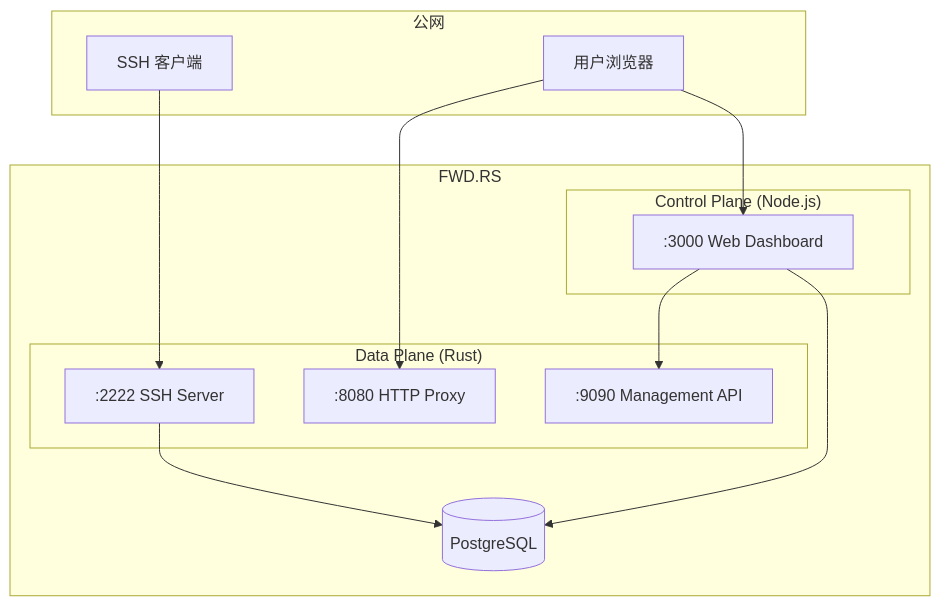
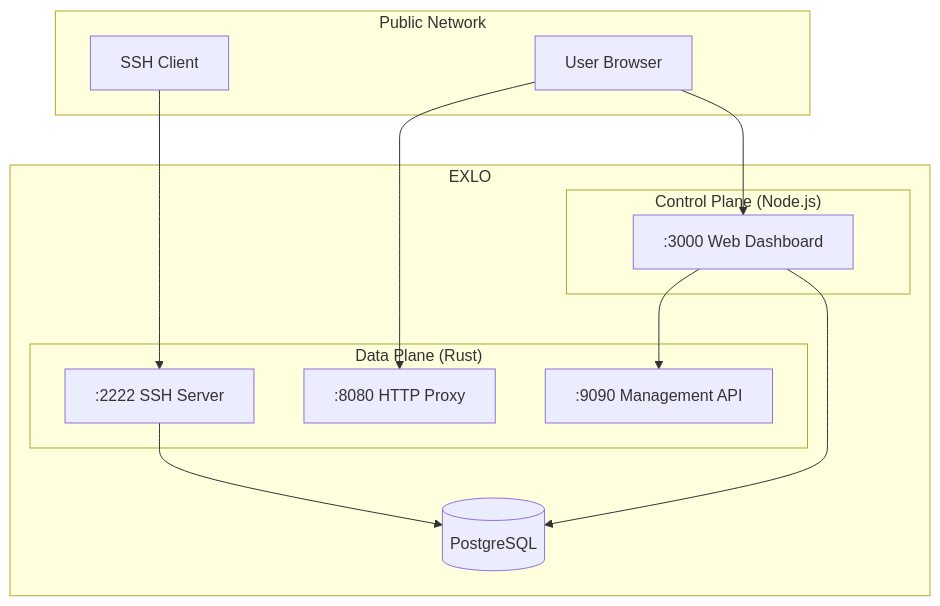
Before and after one commit to ZingerLittleBee/EXLO: the first of 3 diagrams in apps/docs/content/docs/architecture.mdx, drawn with Mermaid. The commit also changed other lines of this file and 31 other files, not shown here.

````diff
--- a/apps/docs/content/docs/architecture.mdx
+++ b/apps/docs/content/docs/architecture.mdx
@@ -11,28 +11,28 @@
 ```mermaid
 flowchart TB
-    subgraph public["公网"]
-        client[SSH 客户端]
-        browser[用户浏览器]
+    subgraph public["Public Network"]
+        client[SSH Client]
+        browser[User Browser]
     end
 
-    subgraph cluster["FWD.RS"]
+    subgraph cluster["EXLO"]
         subgraph data["Data Plane (Rust)"]
             ssh[":2222 SSH Server"]
             proxy[":8080 HTTP Proxy"]
             mgmt[":9090 Management API"]
         end
 
         subgraph control["Control Plane (Node.js)"]
             web[":3000 Web Dashboard"]
         end
 
         db[(PostgreSQL)]
     end
 
     client --> ssh
     browser --> proxy
     browser --> web
     web --> mgmt
     ssh --> db
     web --> db
 ```
````
